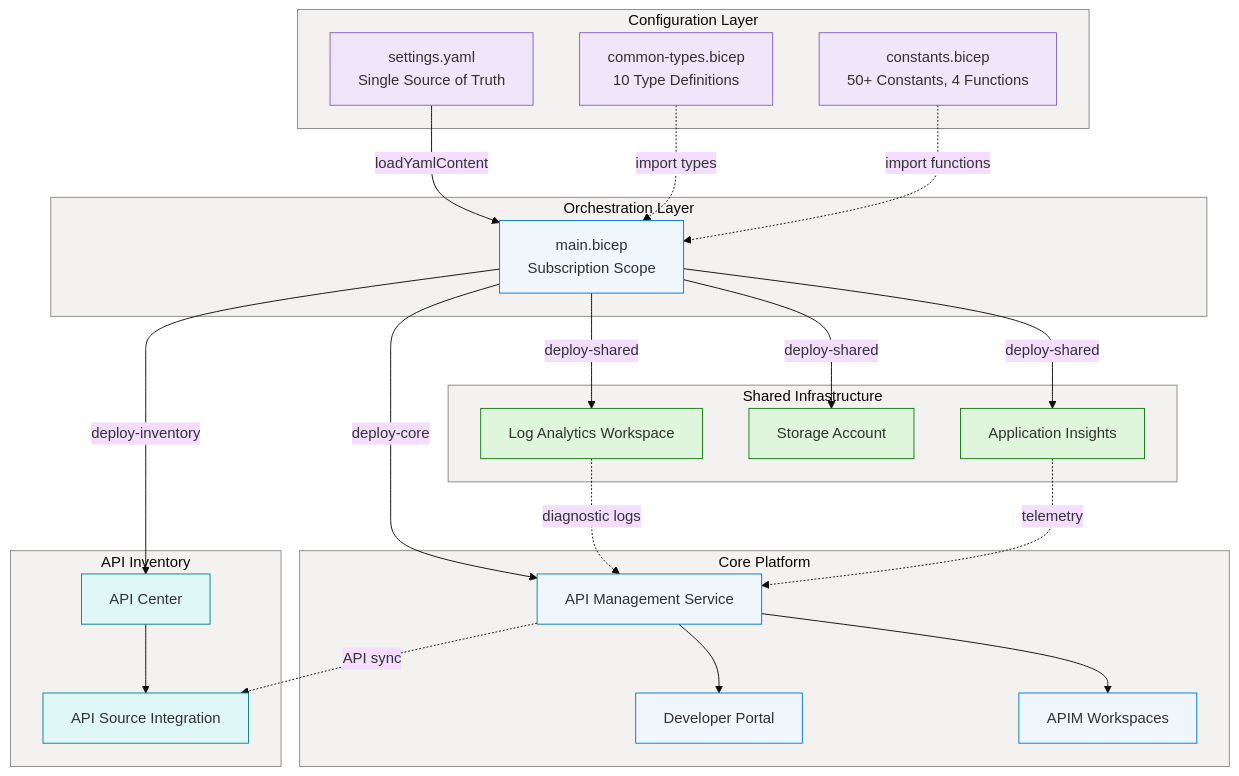
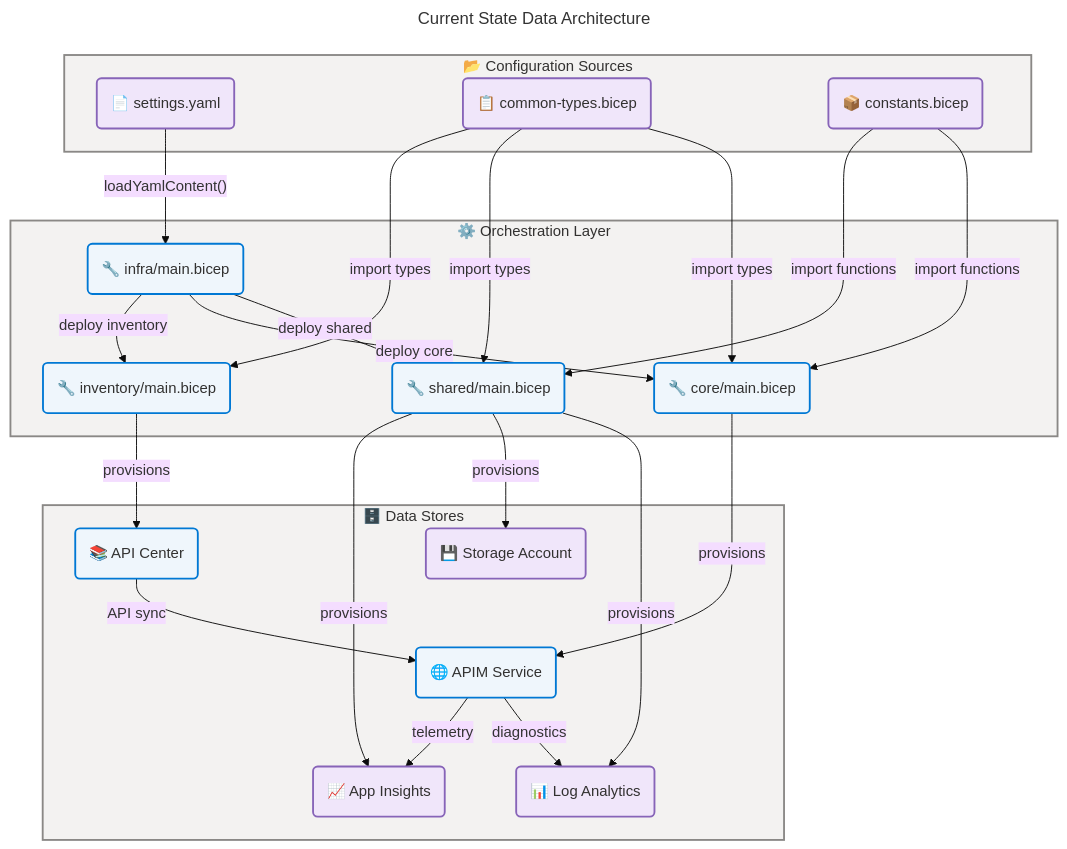
Before and after one commit to Evilazaro/APIM-Accelerator: the first of 3 diagrams in docs/architecture/data-architecture.md, drawn with Mermaid. The commit also changed other lines of this file, not shown here.

````diff
--- a/docs/architecture/data-architecture.md
+++ b/docs/architecture/data-architecture.md
@@ -356,74 +301,71 @@
 ```mermaid
 ---
+title: Current State Data Architecture
 config:
   theme: base
   look: classic
   layout: dagre
+  themeVariables:
+    fontSize: "16px"
 ---
-flowchart TD
-  accTitle: Current State Data Architecture Baseline
-  accDescr: Shows the current deployment topology and data flow between APIM Accelerator components including configuration source, shared monitoring, core APIM platform, and API inventory layers.
+flowchart TB
+    accTitle: Current State Data Architecture
+    accDescr: Shows the current data architecture topology with configuration sources, processing modules, and data stores in the APIM Accelerator solution
 
-  %% ================================================================
-  %% AZURE / FLUENT v1.1 — Governance Block
-  %% Palette: neutral=#FAFAFA/#8A8886, core=#EFF6FC/#0078D4,
-  %%          success=#DFF6DD/#107C10, warning=#FFF4CE/#FFB900,
-  %%          danger=#FDE7E9/#D13438, data=#F0E6FA/#8764B8,
-  %%          external=#E0F7F7/#038387
-  %% All text: #323130 | Subgraph fill: #F3F2F1, stroke: #8A8886
-  %% ================================================================
+    %% ═══════════════════════════════════════════════════════════════════════════
+    %% AZURE / FLUENT ARCHITECTURE PATTERN v1.1
+    %% (Semantic + Structural + Font + Accessibility Governance)
+    %% ═══════════════════════════════════════════════════════════════════════════
+    %% PHASE 1 - FLUENT UI: All styling uses approved Fluent UI palette only
+    %% PHASE 2 - GROUPS: Every subgraph has semantic color via style directive
+    %% PHASE 3 - COMPONENTS: Every node has semantic classDef + icon prefix
+    %% PHASE 4 - ACCESSIBILITY: accTitle/accDescr present, WCAG AA contrast
+    %% PHASE 5 - STANDARD: Governance block present, classDefs centralized
+    %% ═══════════════════════════════════════════════════════════════════════════
 
-  classDef neutral fill:#FAFAFA,stroke:#8A8886,color:#323130
-  classDef core fill:#EFF6FC,stroke:#0078D4,color:#323130
-  classDef success fill:#DFF6DD,stroke:#107C10,color:#323130
-  classDef data fill:#F0E6FA,stroke:#8764B8,color:#323130
-  classDef warning fill:#FFF4CE,stroke:#FFB900,color:#323130
-  classDef external fill:#E0F7F7,stroke:#038387,color:#323130
+    subgraph configSrc["📂 Configuration Sources"]
+        yaml("📄 settings.yaml"):::data
+        types("📋 common-types.bicep"):::data
+        consts("📦 constants.bicep"):::data
+    end
 
-  subgraph CONFIG["Configuration Layer"]
-    YAML["settings.yaml<br/>Single Source of Truth"]:::data
-    TYPES["common-types.bicep<br/>10 Type Definitions"]:::data
-    CONSTS["constants.bicep<br/>50+ Constants, 4 Functions"]:::data
-  end
-  style CONFIG fill:#F3F2F1,stroke:#8A8886
+    subgraph orchestration["⚙️ Orchestration Layer"]
+        mainBicep("🔧 infra/main.bicep"):::core
+        sharedMod("🔧 shared/main.bicep"):::core
+        coreMod("🔧 core/main.bicep"):::core
+        invMod("🔧 inventory/main.bicep"):::core
+    end
 
-  subgraph ORCH["Orchestration Layer"]
-    MAIN["main.bicep<br/>Subscription Scope"]:::core
-  end
-  style ORCH fill:#F3F2F1,stroke:#8A8886
+    subgraph dataStores["🗄️ Data Stores"]
+        logAn("📊 Log Analytics"):::data
+        storage("💾 Storage Account"):::data
+        appIns("📈 App Insights"):::data
+        apimSvc("🌐 APIM Service"):::core
+        apiCtr("📚 API Center"):::core
+    end
 
-  subgraph SHARED["Shared Infrastructure"]
-    LAW["Log Analytics Workspace"]:::success
-    STORAGE["Storage Account"]:::success
-    APPINS["Application Insights"]:::success
-  end
-  style SHARED fill:#F3F2F1,stroke:#8A8886
+    yaml -->|"loadYamlContent()"| mainBicep
+    types -->|"import types"| coreMod
+    types -->|"import types"| sharedMod
+    types -->|"import types"| invMod
+    consts -->|"import functions"| coreMod
+    consts -->|"import functions"| sharedMod
+    mainBicep -->|"deploy shared"| sharedMod
+    mainBicep -->|"deploy core"| coreMod
+    mainBicep -->|"deploy inventory"| invMod
+    sharedMod -->|"provisions"| logAn
+    sharedMod -->|"provisions"| storage
+    sharedMod -->|"provisions"| appIns
+    coreMod -->|"provisions"| apimSvc
+    invMod -->|"provisions"| apiCtr
+    apimSvc -->|"diagnostics"| logAn
+    apimSvc -->|"telemetry"| appIns
+    apiCtr -->|"API sync"| apimSvc
 
-  subgraph COREAPIM["Core Platform"]
-    APIM["API Management Service"]:::core
-    DEVPORTAL["Developer Portal"]:::core
-    WORKSPACES["APIM Workspaces"]:::core
-  end
-  style COREAPIM fill:#F3F2F1,stroke:#8A8886
+    classDef core fill:#EFF6FC,stroke:#0078D4,stroke-width:2px,color:#323130
+    classDef data fill:#F0E6FA,stroke:#8764B8,stroke-width:2px,color:#323130
 
-  subgraph INVENTORY["API Inventory"]
-    APICENTER["API Center"]:::external
-    APISOURCE["API Source Integration"]:::external
-  end
-  style INVENTORY fill:#F3F2F1,stroke:#8A8886
-
-  YAML -->|loadYamlContent| MAIN
-  TYPES -.->|import types| MAIN
-  CONSTS -.->|import functions| MAIN
-  MAIN -->|deploy-shared| LAW
-  MAIN -->|deploy-shared| STORAGE
-  MAIN -->|deploy-shared| APPINS
-  MAIN -->|deploy-core| APIM
-  APIM --> DEVPORTAL
-  APIM --> WORKSPACES
-  MAIN -->|deploy-inventory| APICENTER
-  APICENTER --> APISOURCE
-  LAW -.->|diagnostic logs| APIM
-  APPINS -.->|telemetry| APIM
-  APIM -.->|API sync| APISOURCE
+    style configSrc fill:#F3F2F1,stroke:#8A8886,stroke-width:2px,color:#323130
+    style orchestration fill:#F3F2F1,stroke:#8A8886,stroke-width:2px,color:#323130
+    style dataStores fill:#F3F2F1,stroke:#8A8886,stroke-width:2px,color:#323130
 ```
````
